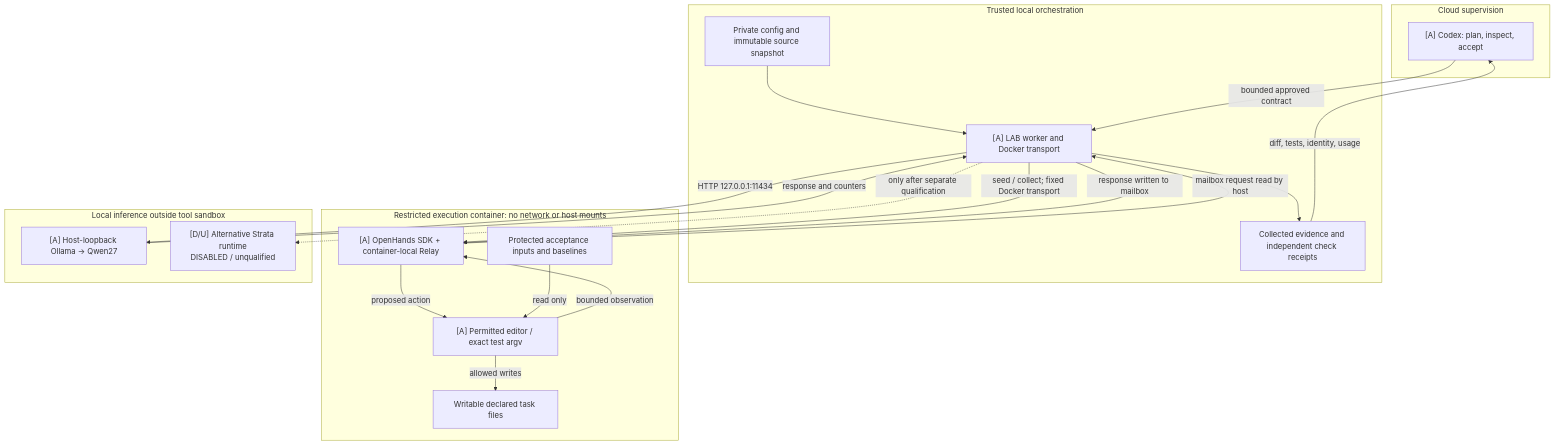
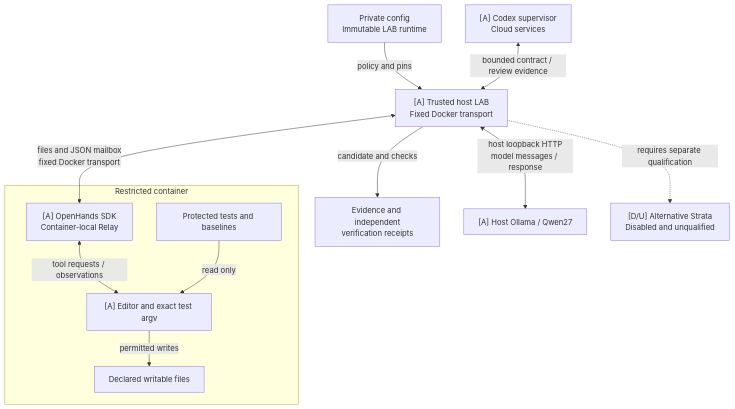
Before and after one commit to nishdel/OmniLAB-Local-Agent-Bridge-: the third of 4 diagrams in docs/WORKFLOW.md, drawn with Mermaid. The commit also changed other lines of this file and 18 other files, not shown here.

Commit message:
Harden Strata provider identity and document supervised execution paths

````diff
--- a/docs/WORKFLOW.md
+++ b/docs/WORKFLOW.md
@@ -188,35 +188,24 @@
 ```mermaid
-flowchart TB
-    subgraph Cloud["Cloud supervision"]
-        C["[A] Codex: plan, inspect, accept"]
+flowchart TD
+    C["[A] Codex supervisor<br/>Cloud services"]
+        CFG["Private config<br/>Immutable LAB runtime"]
+        L["[A] Trusted host LAB<br/>Fixed Docker transport"]
+        E["Evidence and independent<br/>verification receipts"]
+        CFG -->|"policy and pins"| L
+        L -->|"candidate and checks"| E
+    subgraph Box["Restricted container"]
+        H["[A] OpenHands SDK<br/>Container-local Relay"]
+        T["[A] Editor and exact test argv"]
+        W["Declared writable files"]
+        P["Protected tests and baselines"]
+        H <-->|"tool requests / observations"| T
+        T -->|"permitted writes"| W
+        P -->|"read only"| T
     end
-    subgraph Host["Trusted local orchestration"]
-        L["[A] LAB worker and Docker transport"]
-        CFG["Private config and immutable source snapshot"]
-        E["Collected evidence and independent check receipts"]
-        CFG --> L
-        L --> E
-    end
-    subgraph Box["Restricted execution container: no network or host mounts"]
-        H["[A] OpenHands SDK + container-local Relay"]
-        T["[A] Permitted editor / exact test argv"]
-        W["Writable declared task files"]
-        P["Protected acceptance inputs and baselines"]
-        H -->|"proposed action"| T
-        T -->|"allowed writes"| W
-        P -->|"read only"| T
-        T -->|"bounded observation"| H
-    end
-    subgraph Inference["Local inference outside tool sandbox"]
-        O["[A] Host-loopback Ollama → Qwen27"]
-        S["[D/U] Alternative Strata runtime<br/>DISABLED / unqualified"]
-    end
-    C -->|"bounded approved contract"| L
-    E -->|"diff, tests, identity, usage"| C
-    L -->|"seed / collect; fixed Docker transport"| H
-    H -->|"mailbox request read by host"| L
-    L -->|"response written to mailbox"| H
-    L -->|"HTTP 127.0.0.1:11434"| O
-    O -->|"response and counters"| L
-    L -.->|"only after separate qualification"| S
+    O["[A] Host Ollama / Qwen27"]
+    S["[D/U] Alternative Strata<br/>Disabled and unqualified"]
+    C <-->|"bounded contract / review evidence"| L
+    L <-->|"files and JSON mailbox<br/>fixed Docker transport"| H
+    L <-->|"host loopback HTTP<br/>model messages / response"| O
+    L -.->|"requires separate qualification"| S
 ```
````
